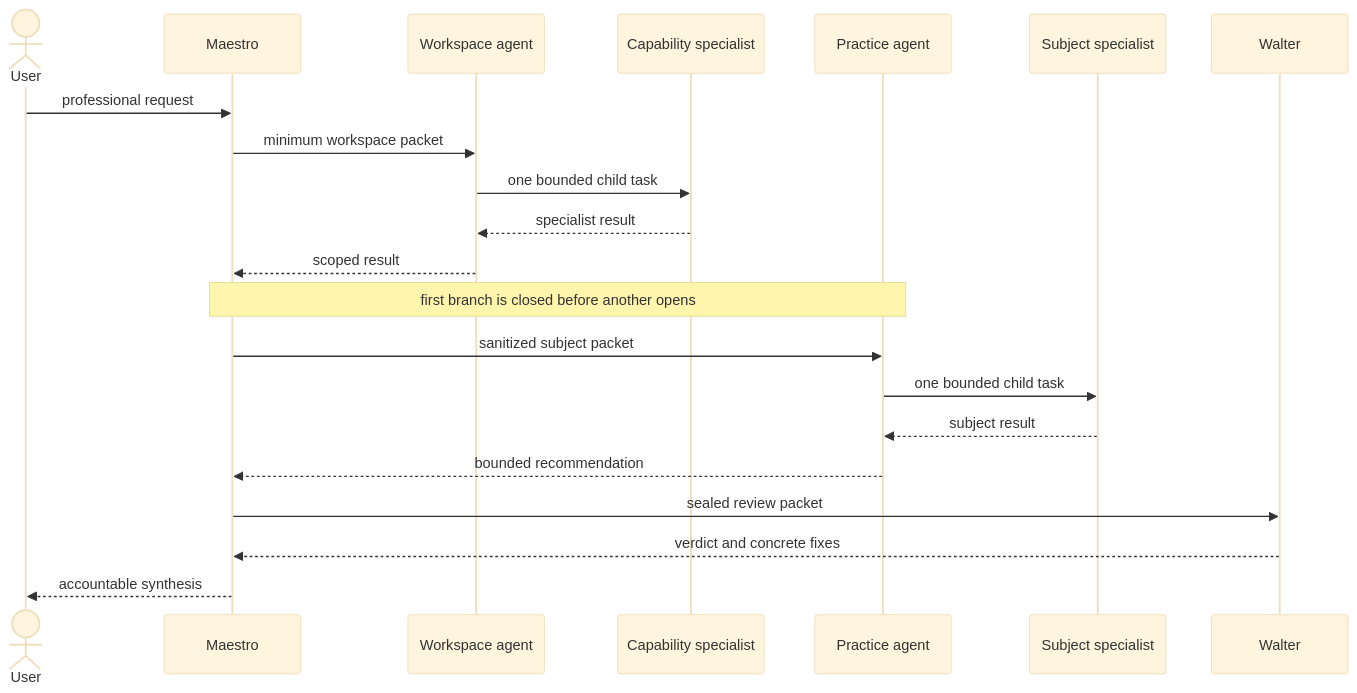
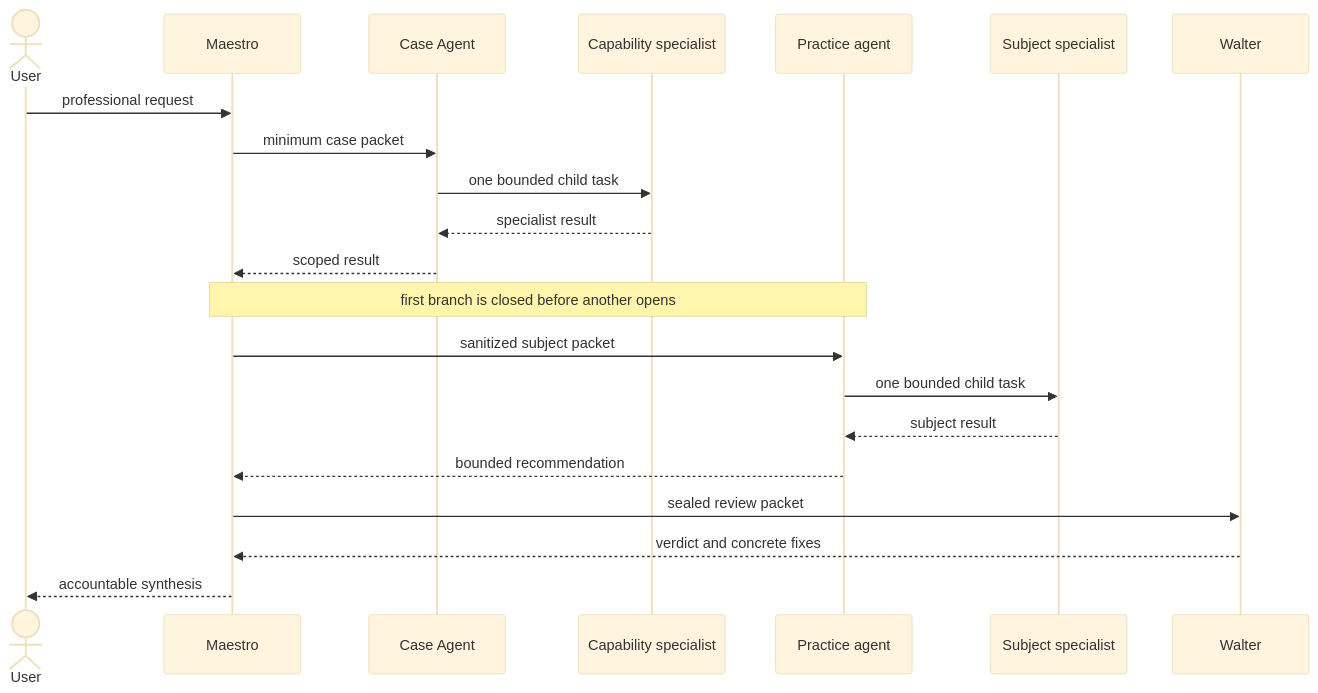
The second of 3 diagrams in specs/018-maestro-core-agents.md (agentic-os-brasil/bcg-brasil-agentic-os), drawn with Mermaid (base theme) before and after one commit. The commit also changed other lines of this file and 42 other files, not shown here.

````diff
--- a/specs/018-maestro-core-agents.md
+++ b/specs/018-maestro-core-agents.md
@@ -88,24 +88,24 @@
 ```mermaid
 sequenceDiagram
     actor User
     participant Maestro
-    participant Workspace as Workspace agent
+    participant Case as Case Agent
     participant Capability as Capability specialist
     participant Practice as Practice agent
     participant Subject as Subject specialist
     participant Walter
 
     User->>Maestro: professional request
-    Maestro->>Workspace: minimum workspace packet
-    Workspace->>Capability: one bounded child task
-    Capability-->>Workspace: specialist result
-    Workspace-->>Maestro: scoped result
+    Maestro->>Case: minimum case packet
+    Case->>Capability: one bounded child task
+    Capability-->>Case: specialist result
+    Case-->>Maestro: scoped result
     Note over Maestro,Practice: first branch is closed before another opens
     Maestro->>Practice: sanitized subject packet
     Practice->>Subject: one bounded child task
     Subject-->>Practice: subject result
     Practice-->>Maestro: bounded recommendation
     Maestro->>Walter: sealed review packet
     Walter-->>Maestro: verdict and concrete fixes
     Maestro-->>User: accountable synthesis
 ```
````
